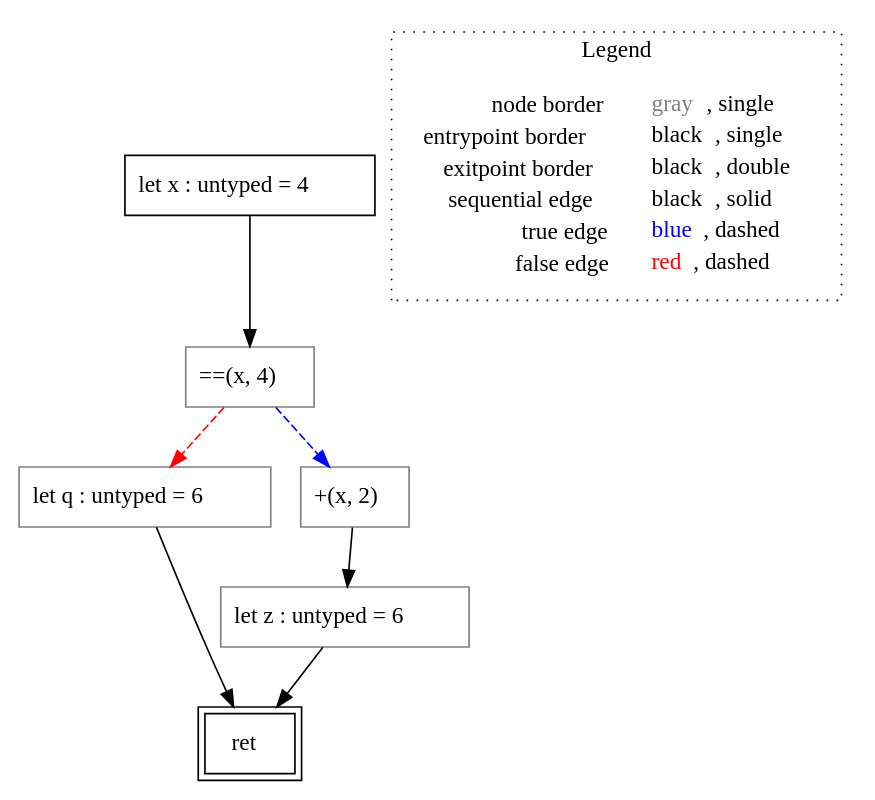
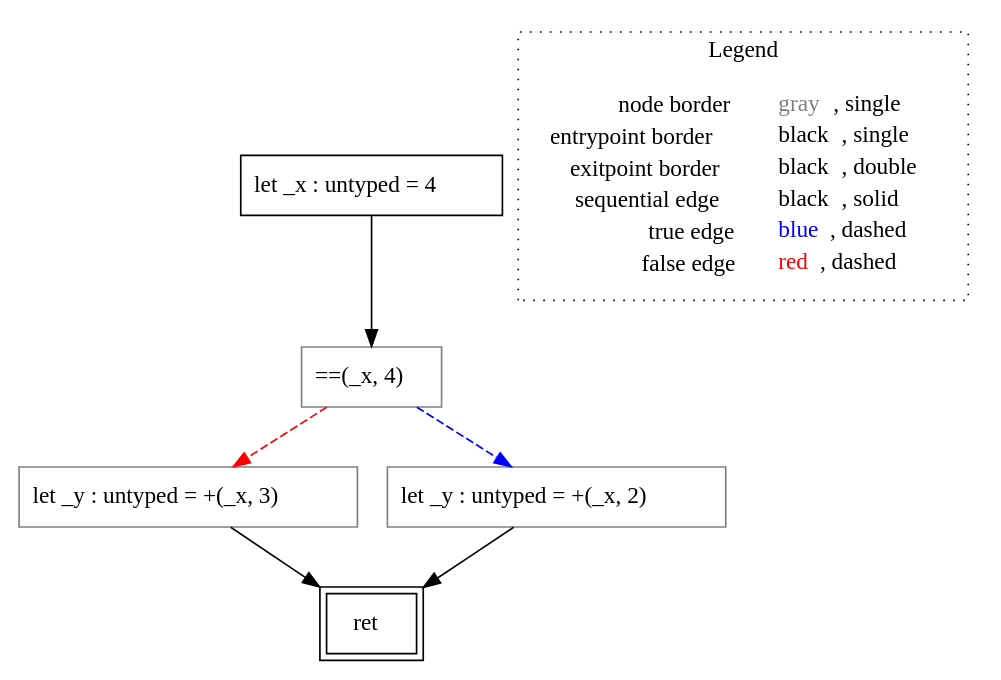
The diagram in rust-lisa/rust-testcases/cfg/return-void/()_rust-testcases_cfg_return-void_return-void.rs.func2().dot (VincenzoArceri/rust-lisa), drawn with Graphviz before and after one commit. The commit also changed 6 other files, not shown here.

```diff
--- a/rust-lisa/rust-testcases/cfg/return-void/()_rust-testcases_cfg_return-void_return-void.rs.func2().dot
+++ b/rust-lisa/rust-testcases/cfg/return-void/()_rust-testcases_cfg_return-void_return-void.rs.func2().dot
@@ -1,21 +1,19 @@
 digraph {
-	"node0" [shape="rect",color="black",label=<let x : untyped = 4>];
-	"node1" [shape="rect",color="black",peripheries="2",label=<ret>];
-	"node2" [shape="rect",color="gray",label=<==(x, 4)>];
-	"node3" [shape="rect",color="gray",label=<let z : untyped = 6>];
-	"node4" [shape="rect",color="gray",label=<let q : untyped = 6>];
-	"node5" [shape="rect",color="gray",label=<+(x, 2)>];
-	"node2" -> "node4" [color="red",style="dashed"];
-	"node2" -> "node5" [color="blue",style="dashed"];
-	"node0" -> "node2" [color="black"];
-	"node3" -> "node1" [color="black"];
-	"node4" -> "node1" [color="black"];
-	"node5" -> "node3" [color="black"];
+	"node0" [shape="rect",color="black",label=<let _x : untyped = 4>];
+	"node1" [shape="rect",color="gray",label=<==(_x, 4)>];
+	"node2" [shape="rect",color="gray",label=<let _y : untyped = +(_x, 3)>];
+	"node3" [shape="rect",color="gray",label=<let _y : untyped = +(_x, 2)>];
+	"node4" [shape="rect",color="black",peripheries="2",label=<ret>];
+	"node1" -> "node2" [color="red",style="dashed"];
+	"node1" -> "node3" [color="blue",style="dashed"];
+	"node2" -> "node4" [color="black"];
+	"node0" -> "node1" [color="black"];
+	"node3" -> "node4" [color="black"];
 subgraph cluster_legend {
 	label="Legend";
 	style=dotted;
 	node [shape=plaintext];
 	"legend" [label=<<table border="0" cellpadding="2" cellspacing="0" cellborder="0"><tr><td align="right">node border&nbsp;</td><td align="left"><font color="gray">gray</font>, single</td></tr><tr><td align="right">entrypoint border&nbsp;</td><td align="left"><font color="black">black</font>, single</td></tr><tr><td align="right">exitpoint border&nbsp;</td><td align="left"><font color="black">black</font>, double</td></tr><tr><td align="right">sequential edge&nbsp;</td><td align="left"><font color="black">black</font>, solid</td></tr><tr><td align="right">true edge&nbsp;</td><td align="left"><font color="blue">blue</font>, dashed</td></tr><tr><td align="right">false edge&nbsp;</td><td align="left"><font color="red">red</font>, dashed</td></tr></table>>];
 }
 
 }
```
